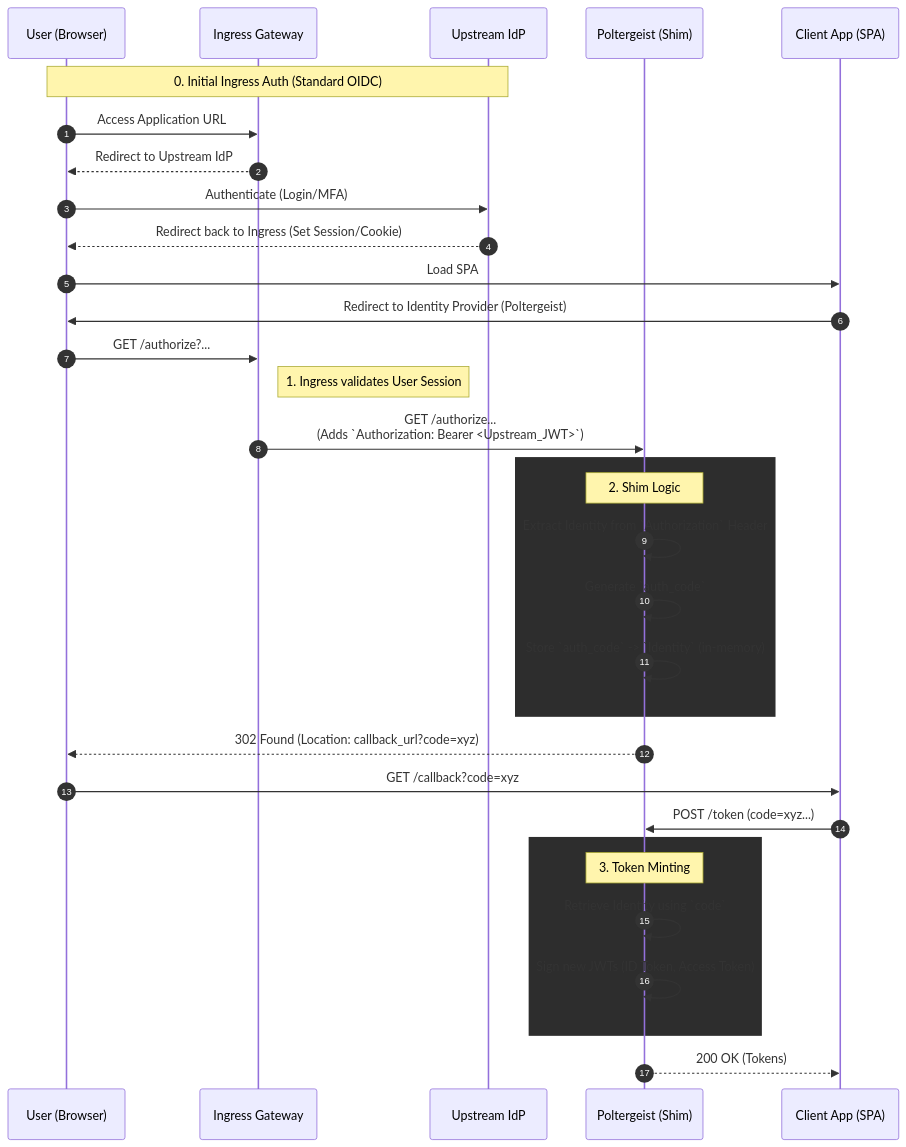
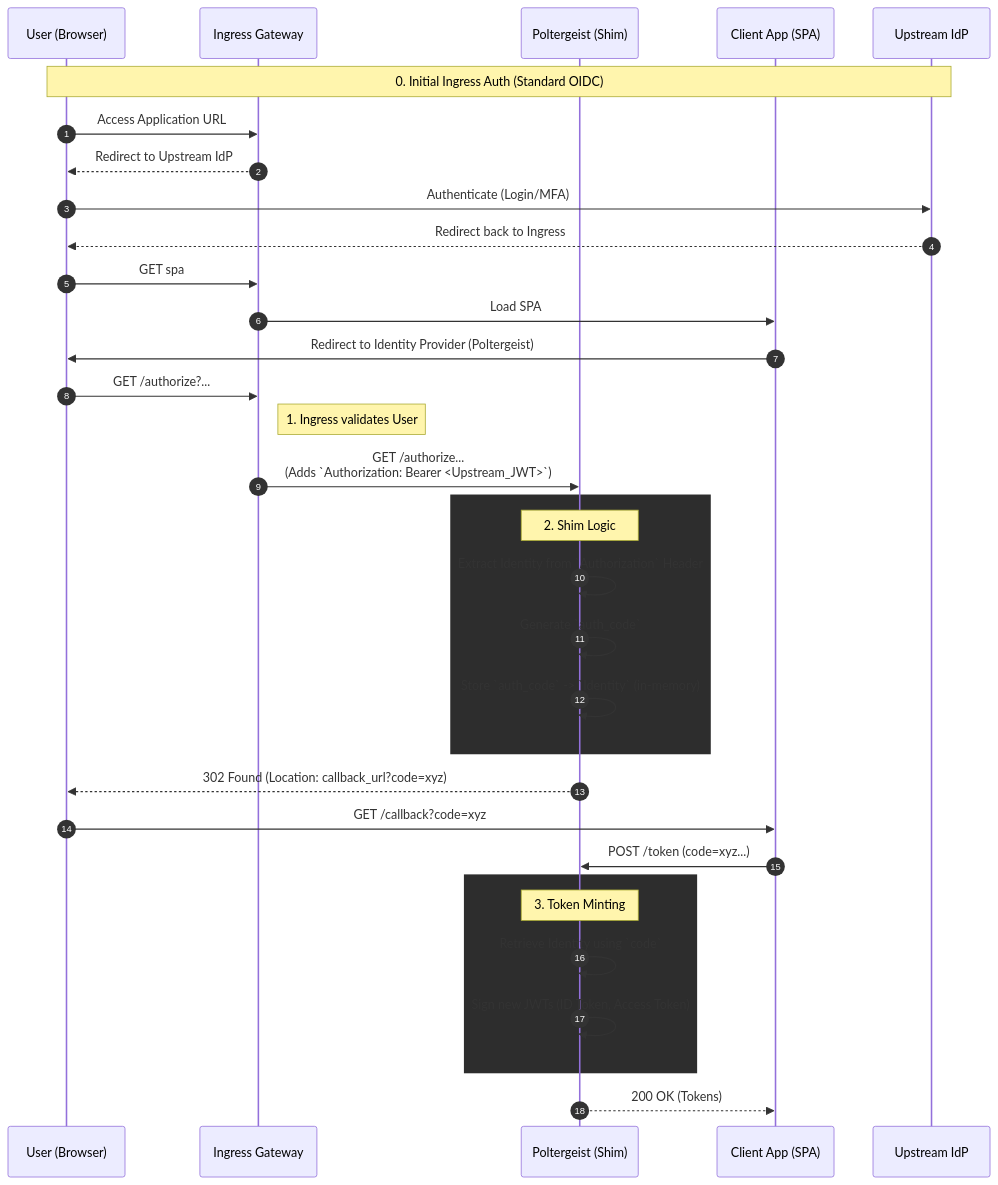
Before and after one commit to calamity-m/poltergeist: the diagram in README.md, drawn with Mermaid.

Commit message:
fix: make diagram clearer

````diff
--- a/README.md
+++ b/README.md
@@ -15,42 +15,43 @@
 ```mermaid
 sequenceDiagram
     autonumber
     participant User as User (Browser)
     participant Ingress as Ingress Gateway
-    participant Upstream as Upstream IdP
     participant Poltergeist as Poltergeist (Shim)
     participant Client as Client App (SPA)
+    participant Upstream as Upstream IdP
 
     Note over User, Upstream: 0. Initial Ingress Auth (Standard OIDC)
     User->>Ingress: Access Application URL
     Ingress-->>User: Redirect to Upstream IdP
     User->>Upstream: Authenticate (Login/MFA)
-    Upstream-->>User: Redirect back to Ingress (Set Session/Cookie)
+    Upstream-->>User: Redirect back to Ingress
     
-    User->>Client: Load SPA
+    User->>Ingress: GET spa
+    Ingress->>Client: Load SPA
     Client->>User: Redirect to Identity Provider (Poltergeist)
     
     User->>Ingress: GET /authorize?...
-    Note right of Ingress: 1. Ingress validates User Session
+    Note right of Ingress: 1. Ingress validates User
     Ingress->>Poltergeist: GET /authorize... <br/>(Adds `Authorization: Bearer <Upstream_JWT>`)
     
     rect rgb(45, 45, 45)
     Note over Poltergeist: 2. Shim Logic
     Poltergeist->>Poltergeist: Extract Identity from `Authorization` Header
     Poltergeist->>Poltergeist: Generate `auth_code`
     Poltergeist->>Poltergeist: Store `auth_code` -> `Identity` (in-memory)
     end
     
     Poltergeist-->>User: 302 Found (Location: callback_url?code=xyz)
     
     User->>Client: GET /callback?code=xyz
     Client->>Poltergeist: POST /token (code=xyz...)
     
     rect rgb(45, 45, 45)
     Note over Poltergeist: 3. Token Minting
     Poltergeist->>Poltergeist: Retrieve Identity using `code`
     Poltergeist->>Poltergeist: Sign new JWTs (ID Token, Access Token)
     end
     
     Poltergeist-->>Client: 200 OK (Tokens)
 ```
````
